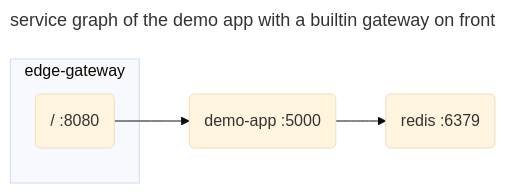
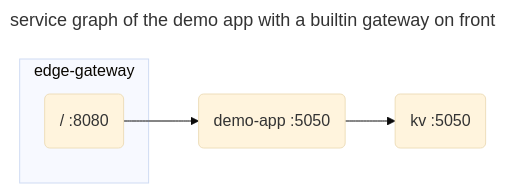
One commit to kumahq/kuma-website changed the diagram in app/_src/guides/gateway-builtin.md. Above: the diagram before and after it, drawn with Mermaid (base theme). The commit also changed other lines of this file and 5 other files, not shown here.

```diff
--- a/app/_src/guides/gateway-builtin.md
+++ b/app/_src/guides/gateway-builtin.md
@@ -13,13 +13,13 @@
 {% mermaid %}
 ---
 title: service graph of the demo app with a builtin gateway on front
 ---
 flowchart LR
   subgraph edge-gateway
     gw0(/ :8080)
   end
-  demo-app(demo-app :5000)
-  redis(redis :6379)
+  demo-app(demo-app :5050)
+  kv(kv :5050)
   gw0 --> demo-app 
-  demo-app --> redis
+  demo-app --> kv
 {% endmermaid %}
```
